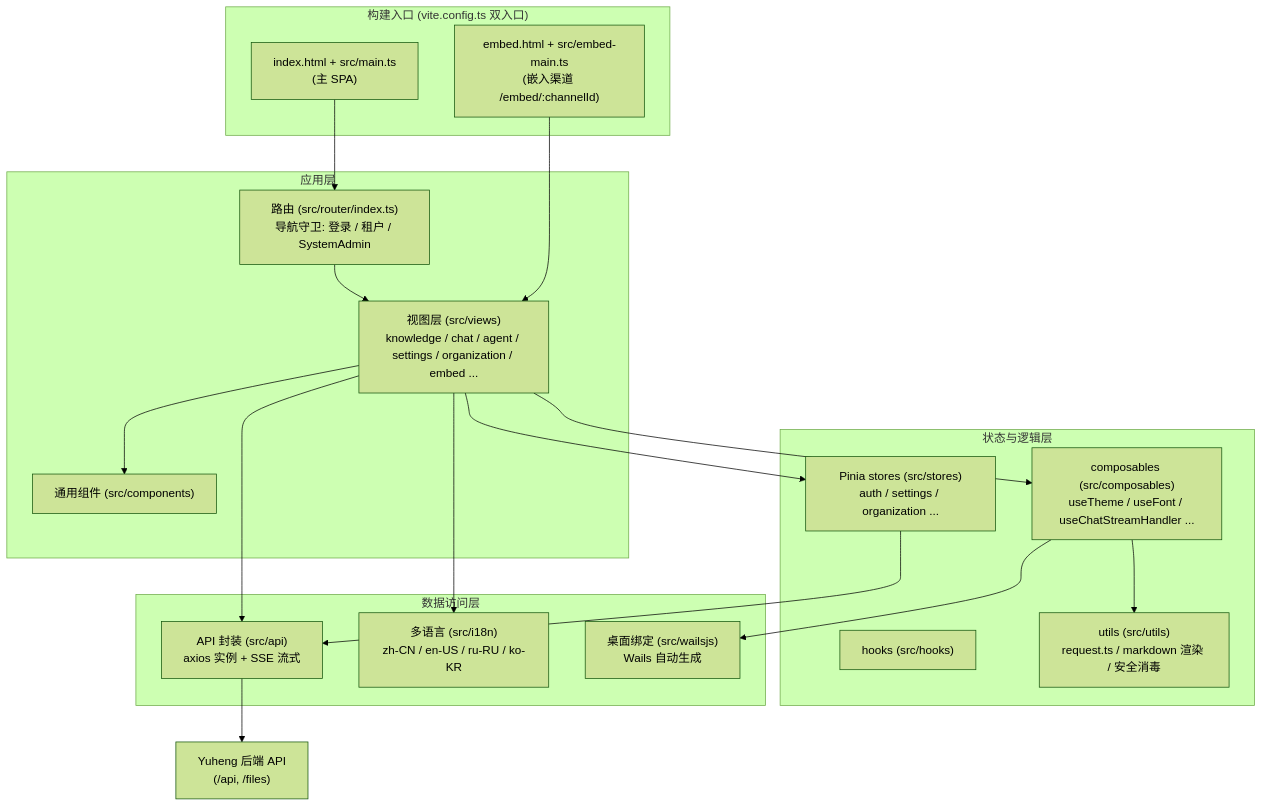
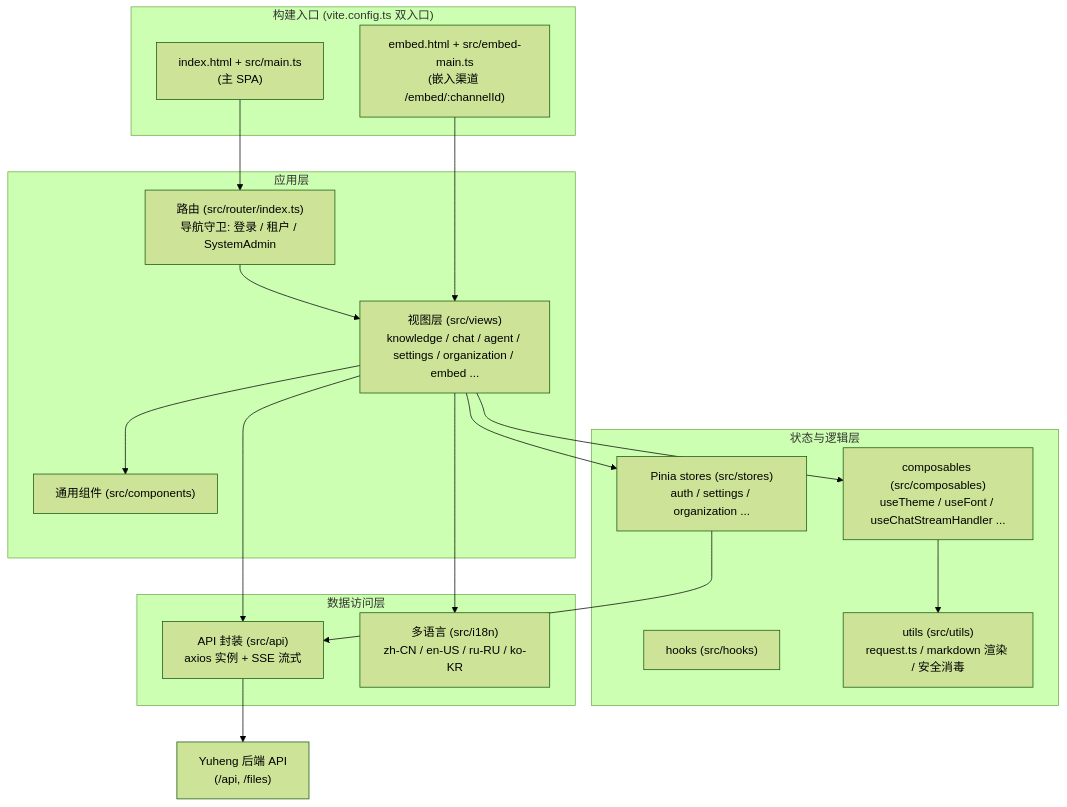
The diagram in website-docs/05-clients/01-frontend.md (magicyuan876/Yuheng), drawn with Mermaid (forest theme) before and after one commit. The commit also changed other lines of this file and 162 other files, not shown here.

````diff
--- a/website-docs/05-clients/01-frontend.md
+++ b/website-docs/05-clients/01-frontend.md
@@ -38,40 +37,38 @@
 ```mermaid
 flowchart TB
     subgraph entries["构建入口 (vite.config.ts 双入口)"]
         MAIN["index.html + src/main.ts<br/>(主 SPA)"]
         EMBED["embed.html + src/embed-main.ts<br/>(嵌入渠道 /embed/:channelId)"]
     end
 
     subgraph app["应用层"]
         ROUTER["路由 (src/router/index.ts)<br/>导航守卫: 登录 / 租户 / SystemAdmin"]
         VIEWS["视图层 (src/views)<br/>knowledge / chat / agent / settings / organization / embed ..."]
         COMP["通用组件 (src/components)"]
     end
 
     subgraph state["状态与逻辑层"]
         STORES["Pinia stores (src/stores)<br/>auth / settings / organization ..."]
         COMPOSABLES["composables (src/composables)<br/>useTheme / useFont / useChatStreamHandler ..."]
         HOOKS["hooks (src/hooks)"]
         UTILS["utils (src/utils)<br/>request.ts / markdown 渲染 / 安全消毒"]
     end
 
     subgraph io["数据访问层"]
         API["API 封装 (src/api)<br/>axios 实例 + SSE 流式"]
         I18N["多语言 (src/i18n)<br/>zh-CN / en-US / ru-RU / ko-KR"]
-        WAILS["桌面绑定 (src/wailsjs)<br/>Wails 自动生成"]
     end
 
     BACKEND["Yuheng 后端 API<br/>(/api, /files)"]
 
     MAIN --> ROUTER --> VIEWS
     EMBED --> VIEWS
     VIEWS --> COMP
     VIEWS --> STORES
     VIEWS --> COMPOSABLES
     COMPOSABLES --> UTILS
     STORES --> API
     VIEWS --> API
     API --> BACKEND
     VIEWS --> I18N
-    COMPOSABLES --> WAILS
 ```
````
